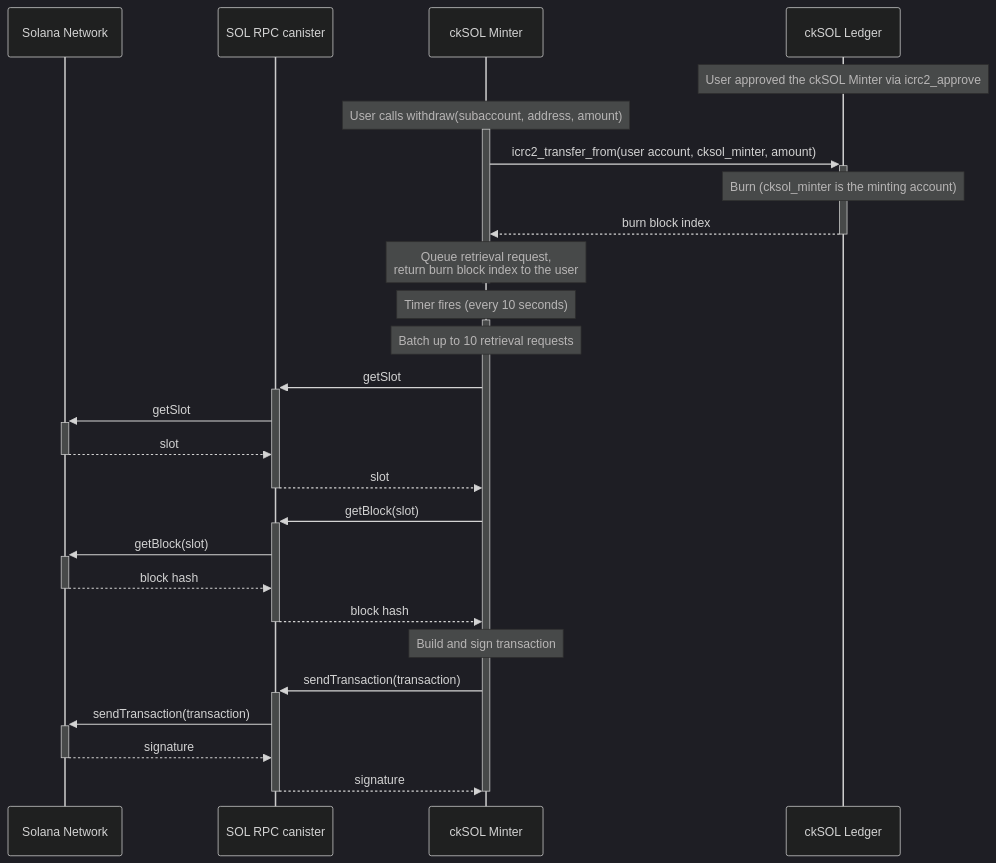
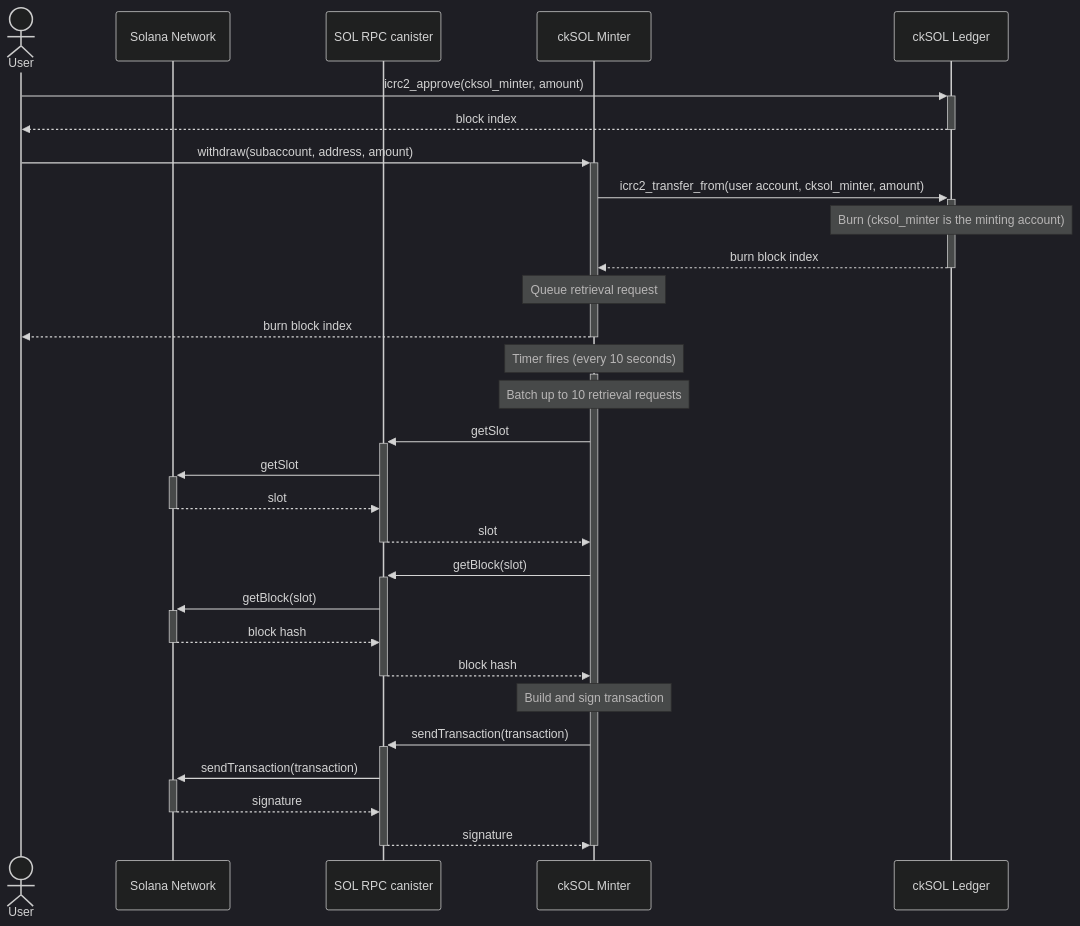
Before and after one commit to dfinity/cksol: the fifth of 7 diagrams in docs/design.md, drawn with Mermaid (dark theme).

Commit message:
docs: add the user lane to the withdrawal flow diagram
Claude-Session: https://claude.ai/code/session_01VpFpbJ5sgNutGGJUQ5dmkr

````diff
--- a/docs/design.md
+++ b/docs/design.md
@@ -379,34 +379,35 @@
 ```mermaid
 sequenceDiagram
+    actor User
     participant Solana as Solana Network
     participant RPC as SOL RPC canister
     participant Minter as ckSOL Minter
     participant Ledger as ckSOL Ledger
 
-    Note over Ledger: User approved the ckSOL Minter via icrc2_approve
-    Note over Minter: User calls withdraw(subaccount, address, amount)
-    activate Minter
+    User->>+Ledger: icrc2_approve(cksol_minter, amount)
+    Ledger-->>-User: block index
+    User->>+Minter: withdraw(subaccount, address, amount)
     Minter->>+Ledger: icrc2_transfer_from(user account, cksol_minter, amount)
     Note over Ledger: Burn (cksol_minter is the minting account)
     Ledger-->>-Minter: burn block index
-    Note over Minter: Queue retrieval request,<br/>return burn block index to the user
-    deactivate Minter
+    Note over Minter: Queue retrieval request
+    Minter-->>-User: burn block index
 
     Note over Minter: Timer fires (every 10 seconds)
     activate Minter
     Note over Minter: Batch up to 10 retrieval requests
     Minter->>+RPC: getSlot
     RPC->>+Solana: getSlot
     Solana-->>-RPC: slot
     RPC-->>-Minter: slot
     Minter->>+RPC: getBlock(slot)
     RPC->>+Solana: getBlock(slot)
     Solana-->>-RPC: block hash
     RPC-->>-Minter: block hash
     Note over Minter: Build and sign transaction
     Minter->>+RPC: sendTransaction(transaction)
     RPC->>+Solana: sendTransaction(transaction)
     Solana-->>-RPC: signature
     RPC-->>-Minter: signature
     deactivate Minter
 ```
````
